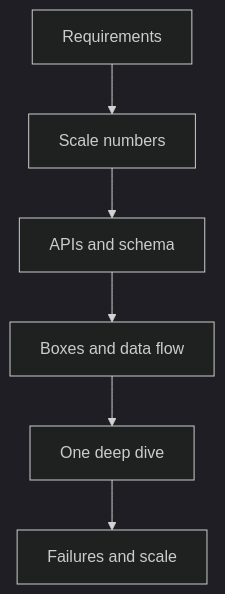
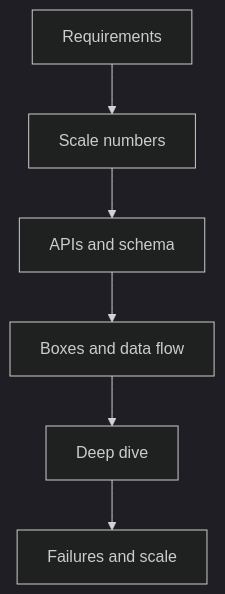
Before and after one commit to zekkrron/cs-knowledge-base: the diagram in HLD/Topics/01 - How the Round Works/01 - How the Round Works.md, drawn with Mermaid (dark theme). The commit also changed other lines of this file and 51 other files, not shown here.

````diff
--- a/HLD/Topics/01 - How the Round Works/01 - How the Round Works.md
+++ b/HLD/Topics/01 - How the Round Works/01 - How the Round Works.md
@@ -30,8 +80,8 @@
 ```mermaid
 flowchart TD
     R[Requirements] --> E[Scale numbers]
     E --> A[APIs and schema]
     A --> H[Boxes and data flow]
-    H --> D[One deep dive]
+    H --> D[Deep dive]
     D --> F[Failures and scale]
 ```
````
